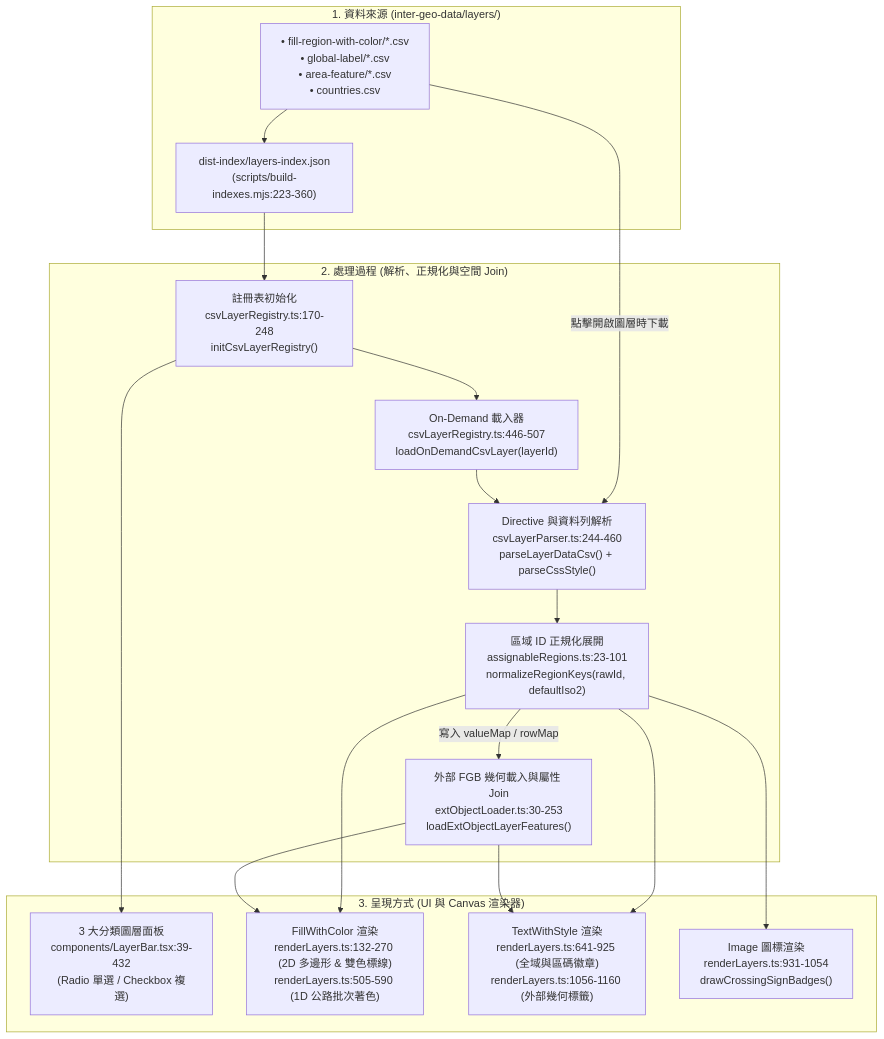
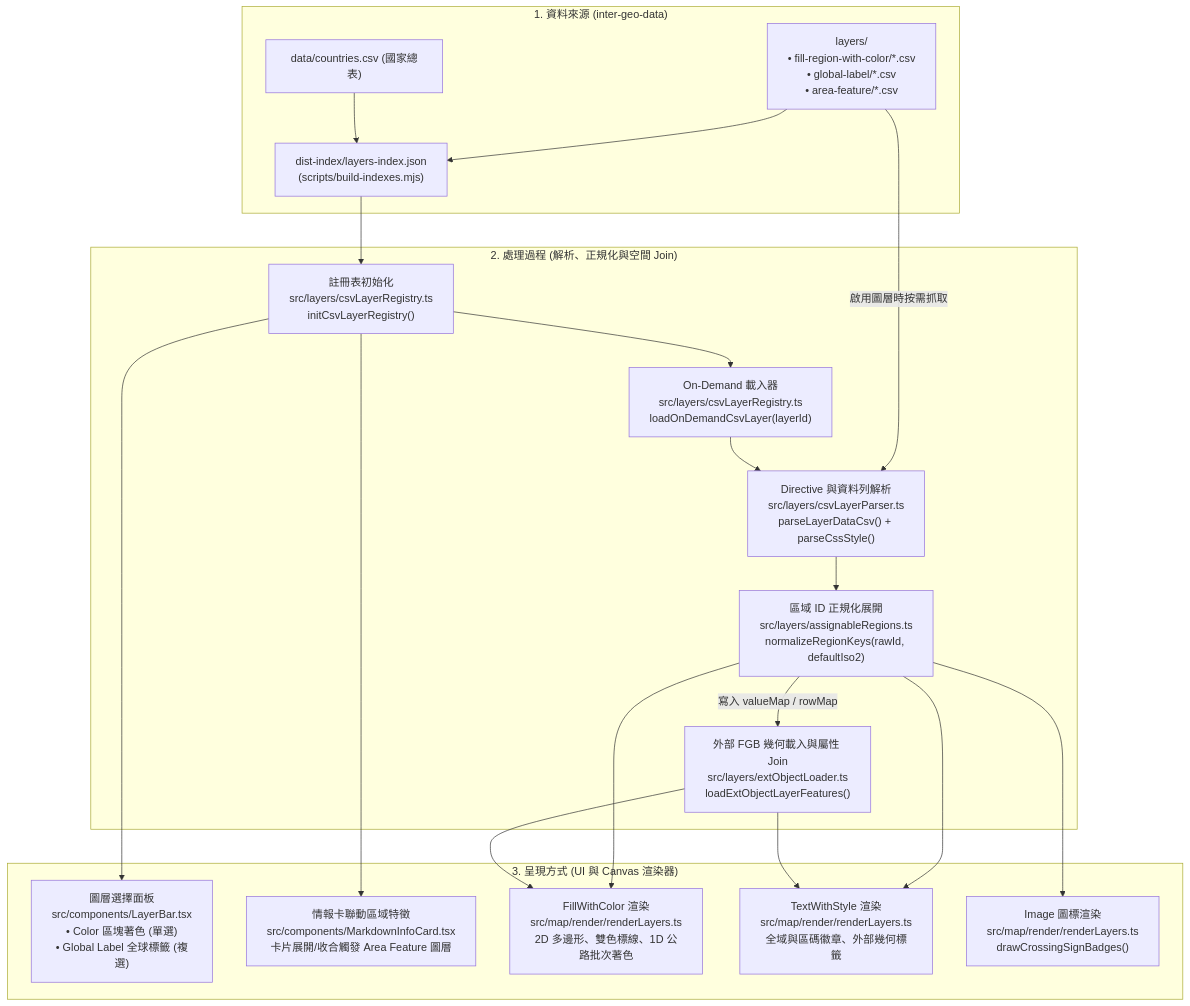
The third of 7 diagrams in README.md (harvey-euph/inter-geo), drawn with Mermaid before and after one commit. The commit also changed other lines of this file and 4 other files, not shown here.

Commit message:
docs: update README with new architecture and use relative and GitHub URLs

````diff
--- a/README.md
+++ b/README.md
@@ -130,37 +136,41 @@
 ```mermaid
 flowchart TD
-  subgraph CSVSource["1. 資料來源 (inter-geo-data/layers/)"]
-    CSV_DIRS["• fill-region-with-color/*.csv\n• global-label/*.csv\n• area-feature/*.csv\n• countries.csv"]
-    LAYERS_IDX["dist-index/layers-index.json\n(scripts/build-indexes.mjs:223-360)"]
+  subgraph CSVSource["1. 資料來源 (inter-geo-data)"]
+    DATA_COUNTRIES["data/countries.csv (國家總表)"]
+    CSV_DIRS["layers/\n• fill-region-with-color/*.csv\n• global-label/*.csv\n• area-feature/*.csv"]
+    LAYERS_IDX["dist-index/layers-index.json\n(scripts/build-indexes.mjs)"]
     CSV_DIRS --> LAYERS_IDX
+    DATA_COUNTRIES --> LAYERS_IDX
   end
 
   subgraph CSVProcess["2. 處理過程 (解析、正規化與空間 Join)"]
-    INIT_REG["註冊表初始化\ncsvLayerRegistry.ts:170-248\ninitCsvLayerRegistry()"]
-    ON_DEMAND["On-Demand 載入器\ncsvLayerRegistry.ts:446-507\nloadOnDemandCsvLayer(layerId)"]
-    CSV_PARSER["Directive 與資料列解析\ncsvLayerParser.ts:244-460\nparseLayerDataCsv() + parseCssStyle()"]
-    NORM_KEYS["區域 ID 正規化展開\nassignableRegions.ts:23-101\nnormalizeRegionKeys(rawId, defaultIso2)"]
-    EXT_LOADER["外部 FGB 幾何載入與屬性 Join\nextObjectLoader.ts:30-253\nloadExtObjectLayerFeatures()"]
+    INIT_REG["註冊表初始化\nsrc/layers/csvLayerRegistry.ts\ninitCsvLayerRegistry()"]
+    ON_DEMAND["On-Demand 載入器\nsrc/layers/csvLayerRegistry.ts\nloadOnDemandCsvLayer(layerId)"]
+    CSV_PARSER["Directive 與資料列解析\nsrc/layers/csvLayerParser.ts\nparseLayerDataCsv() + parseCssStyle()"]
+    NORM_KEYS["區域 ID 正規化展開\nsrc/layers/assignableRegions.ts\nnormalizeRegionKeys(rawId, defaultIso2)"]
+    EXT_LOADER["外部 FGB 幾何載入與屬性 Join\nsrc/layers/extObjectLoader.ts\nloadExtObjectLayerFeatures()"]
 
     LAYERS_IDX --> INIT_REG
     INIT_REG --> ON_DEMAND
-    CSV_DIRS -->|"點擊開啟圖層時下載"| CSV_PARSER
+    CSV_DIRS -->|"啟用圖層時按需抓取"| CSV_PARSER
     ON_DEMAND --> CSV_PARSER
     CSV_PARSER --> NORM_KEYS
     NORM_KEYS -->|"寫入 valueMap / rowMap"| EXT_LOADER
   end
 
   subgraph CSVRender["3. 呈現方式 (UI 與 Canvas 渲染器)"]
-    UI_BAR["3 大分類圖層面板\ncomponents/LayerBar.tsx:39-432\n(Radio 單選 / Checkbox 複選)"]
-    DRAW_FILL["FillWithColor 渲染\nrenderLayers.ts:132-270 (2D 多邊形 & 雙色標線)\nrenderLayers.ts:505-590 (1D 公路批次著色)"]
-    DRAW_TEXT["TextWithStyle 渲染\nrenderLayers.ts:641-925 (全域與區碼徽章)\nrenderLayers.ts:1056-1160 (外部幾何標籤)"]
-    DRAW_IMG["Image 圖標渲染\nrenderLayers.ts:931-1054\ndrawCrossingSignBadges()"]
+    UI_BAR["圖層選擇面板\nsrc/components/LayerBar.tsx\n• Color 區塊著色 (單選)\n• Global Label 全球標籤 (複選)"]
+    INFO_LINK["情報卡聯動區域特徵\nsrc/components/MarkdownInfoCard.tsx\n卡片展開/收合觸發 Area Feature 圖層"]
+    DRAW_FILL["FillWithColor 渲染\nsrc/map/render/renderLayers.ts\n2D 多邊形、雙色標線、1D 公路批次著色"]
+    DRAW_TEXT["TextWithStyle 渲染\nsrc/map/render/renderLayers.ts\n全域與區碼徽章、外部幾何標籤"]
+    DRAW_IMG["Image 圖標渲染\nsrc/map/render/renderLayers.ts\ndrawCrossingSignBadges()"]
 
     INIT_REG --> UI_BAR
+    INIT_REG --> INFO_LINK
     NORM_KEYS --> DRAW_FILL
     NORM_KEYS --> DRAW_TEXT
     NORM_KEYS --> DRAW_IMG
     EXT_LOADER --> DRAW_FILL
     EXT_LOADER --> DRAW_TEXT
   end
 ```
````
